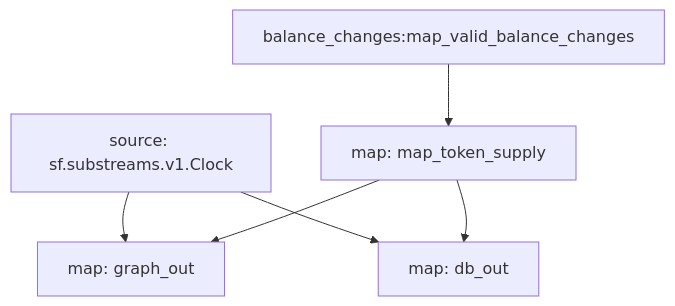
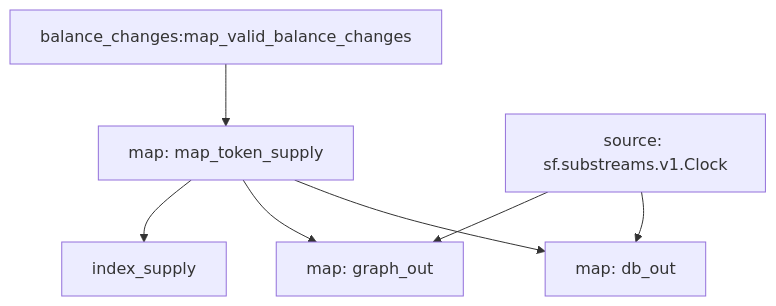
Before and after one commit to pinax-network/substreams-erc20-supply: the diagram in README.md, drawn with Mermaid. The commit also changed other lines of this file and 4 other files, not shown here.

````diff
--- a/README.md
+++ b/README.md
@@ -93,11 +93,12 @@
 ```mermaid
 graph TD;
- map_token_supply[map: map_token_supply];
+  map_token_supply[map: map_token_supply];
   balance_changes:map_valid_balance_changes --> map_token_supply;
+  map_token_supply --> index_supply;
   graph_out[map: graph_out];
   sf.substreams.v1.Clock[source: sf.substreams.v1.Clock] --> graph_out;
   map_token_supply --> graph_out;
   db_out[map: db_out];
   sf.substreams.v1.Clock[source: sf.substreams.v1.Clock] --> db_out;
   map_token_supply --> db_out;
 ```
````
